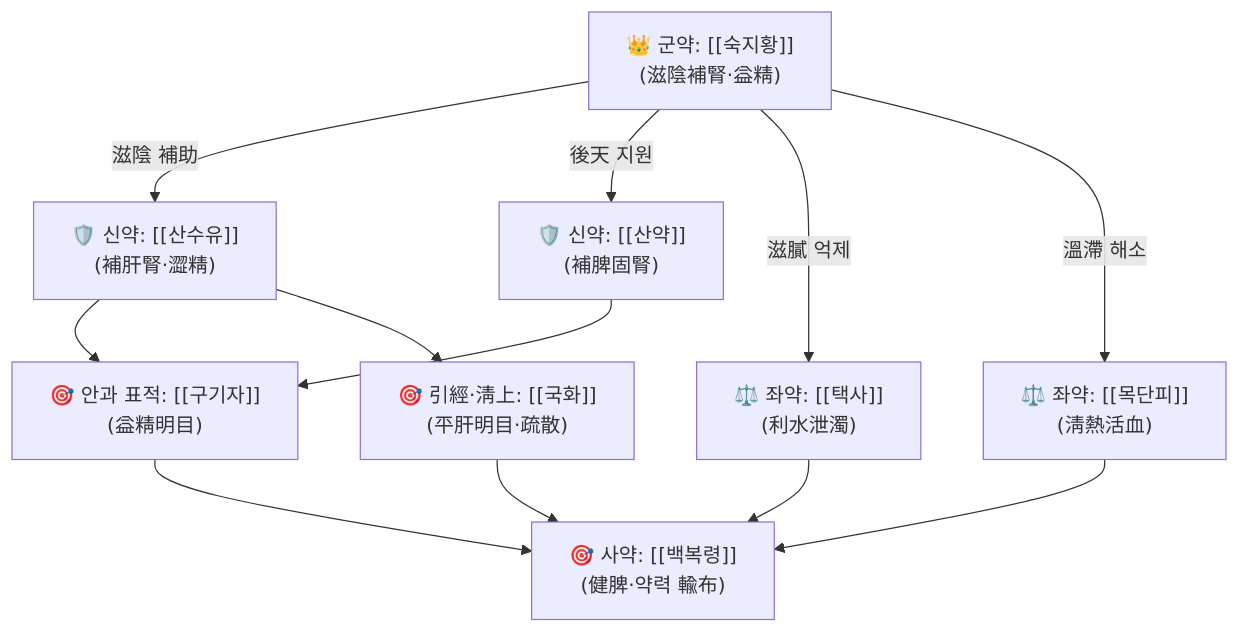
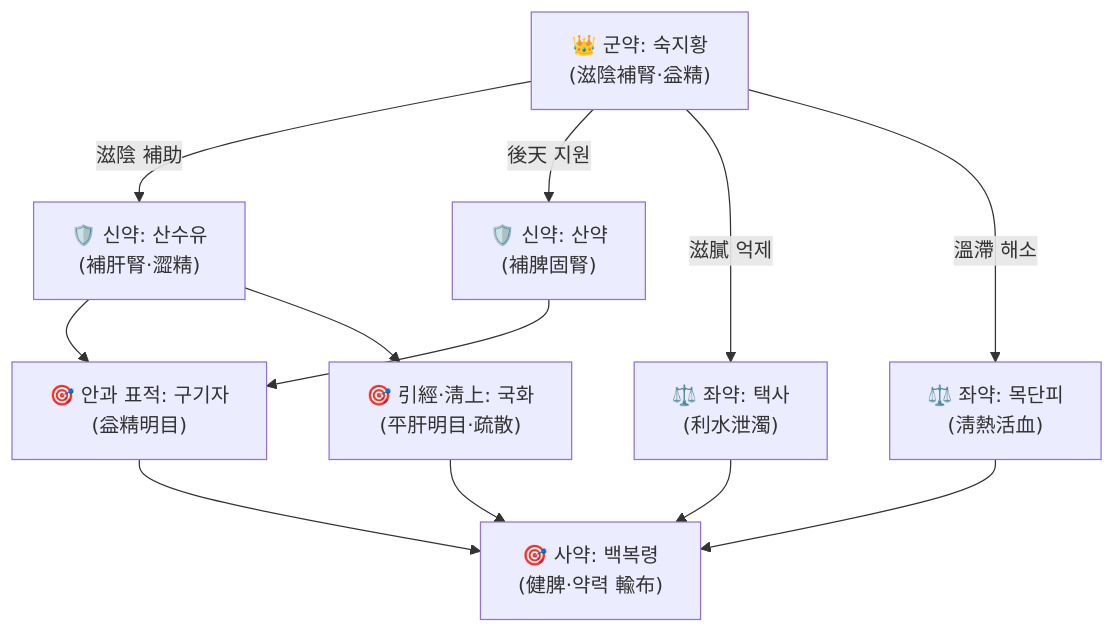
One commit to simbio11/simbio-digital-garden2 changed the diagram in content/2. 약리 공부/처방/02_보익제/기국지황탕.md. Above: the diagram before and after it, drawn with Mermaid. The commit also changed other lines of this file and 323 other files, not shown here.

````diff
--- a/content/2. 약리 공부/처방/02_보익제/기국지황탕.md
+++ b/content/2. 약리 공부/처방/02_보익제/기국지황탕.md
@@ -62,14 +62,14 @@
 ```mermaid
 graph TD
-    Gun["👑 군약: [[숙지황]]<br>(滋陰補腎·益精)"] -->|滋陰 補助| Sin1["🛡️ 신약: [[산수유]]<br>(補肝腎·澀精)"]
-    Gun -->|後天 지원| Sin2["🛡️ 신약: [[산약]]<br>(補脾固腎)"]
-    Gun -->|滋膩 억제| Jwa1["⚖️ 좌약: [[택사]]<br>(利水泄濁)"]
-    Gun -->|溫滯 해소| Jwa2["⚖️ 좌약: [[목단피]]<br>(淸熱活血)"]
-    Sin1 --> An["🎯 안과 표적: [[구기자]]<br>(益精明目)"]
+    Gun["👑 군약: 숙지황<br>(滋陰補腎·益精)"] -->|滋陰 補助| Sin1["🛡️ 신약: 산수유<br>(補肝腎·澀精)"]
+    Gun -->|後天 지원| Sin2["🛡️ 신약: 산약<br>(補脾固腎)"]
+    Gun -->|滋膩 억제| Jwa1["⚖️ 좌약: 택사<br>(利水泄濁)"]
+    Gun -->|溫滯 해소| Jwa2["⚖️ 좌약: 목단피<br>(淸熱活血)"]
+    Sin1 --> An["🎯 안과 표적: 구기자<br>(益精明目)"]
     Sin2 --> An
-    An --> Sa1["🎯 사약: [[백복령]]<br>(健脾·약력 輸布)"]
+    An --> Sa1["🎯 사약: 백복령<br>(健脾·약력 輸布)"]
     Jwa1 --> Sa1
     Jwa2 --> Sa1
-    An2["🎯 引經·淸上: [[국화]]<br>(平肝明目·疏散)"] --> Sa1
+    An2["🎯 引經·淸上: 국화<br>(平肝明目·疏散)"] --> Sa1
     Sin1 --> An2
 ```
````
